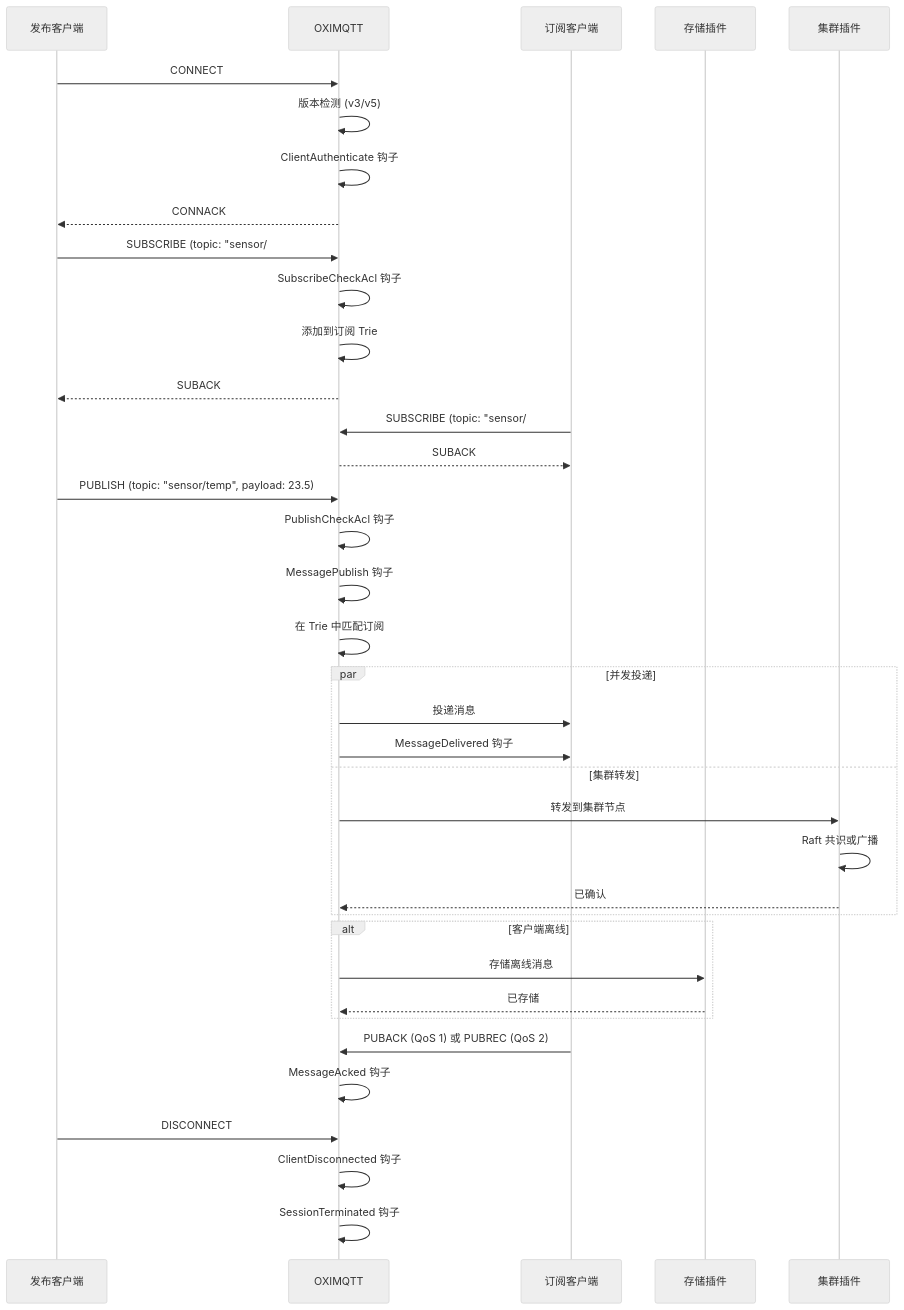
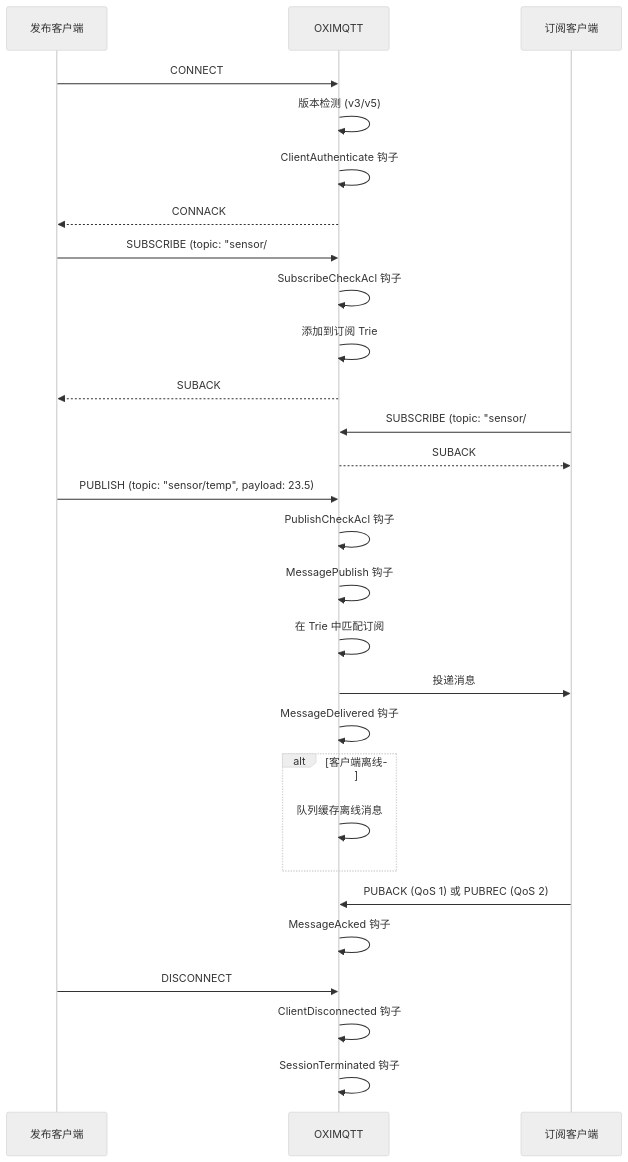
One commit to zeaphoo/oximqtt changed the third of 4 diagrams in docs/zh_CN/architecture/overview.md. Above: the diagram before and after it, drawn with Mermaid (neutral theme). The commit also changed other lines of this file and 14 other files, not shown here.

````diff
--- a/docs/zh_CN/architecture/overview.md
+++ b/docs/zh_CN/architecture/overview.md
@@ -254,47 +246,38 @@
 ```mermaid
 sequenceDiagram
     participant Pub as 发布客户端
     participant Broker as OXIMQTT
     participant Sub as 订阅客户端
-    participant Store as 存储插件
-    participant Cluster as 集群插件
 
     Pub->>Broker: CONNECT
     Broker->>Broker: 版本检测 (v3/v5)
     Broker->>Broker: ClientAuthenticate 钩子
     Broker-->>Pub: CONNACK
 
     Pub->>Broker: SUBSCRIBE (topic: "sensor/#")
     Broker->>Broker: SubscribeCheckAcl 钩子
     Broker->>Broker: 添加到订阅 Trie
     Broker-->>Pub: SUBACK
 
     Sub->>Broker: SUBSCRIBE (topic: "sensor/#")
     Broker-->>Sub: SUBACK
 
     Pub->>Broker: PUBLISH (topic: "sensor/temp", payload: 23.5)
     Broker->>Broker: PublishCheckAcl 钩子
     Broker->>Broker: MessagePublish 钩子
     Broker->>Broker: 在 Trie 中匹配订阅
     
-    par 并发投递
-        Broker->>Sub: 投递消息
-        Broker->>Sub: MessageDelivered 钩子
-    and 集群转发
-        Broker->>Cluster: 转发到集群节点
-        Cluster->>Cluster: Raft 共识或广播
-        Cluster-->>Broker: 已确认
-    end
-    
+    Broker->>Sub: 投递消息
+    Broker->>Broker: MessageDelivered 钩子
+
     alt 客户端离线
-        Broker->>Store: 存储离线消息
-        Store-->>Broker: 已存储
+        Broker->>Broker: 队列缓存离线消息
     end
 
     Sub->>Broker: PUBACK (QoS 1) 或 PUBREC (QoS 2)
     Broker->>Broker: MessageAcked 钩子
     
     Pub->>Broker: DISCONNECT
     Broker->>Broker: ClientDisconnected 钩子
     Broker->>Broker: SessionTerminated 钩子
 ```
````
